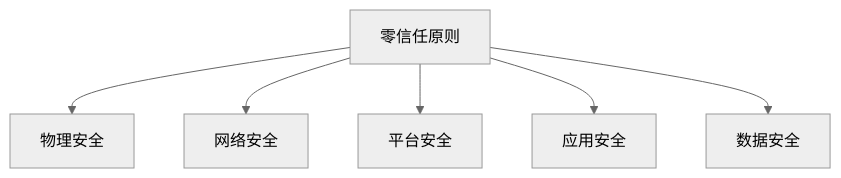
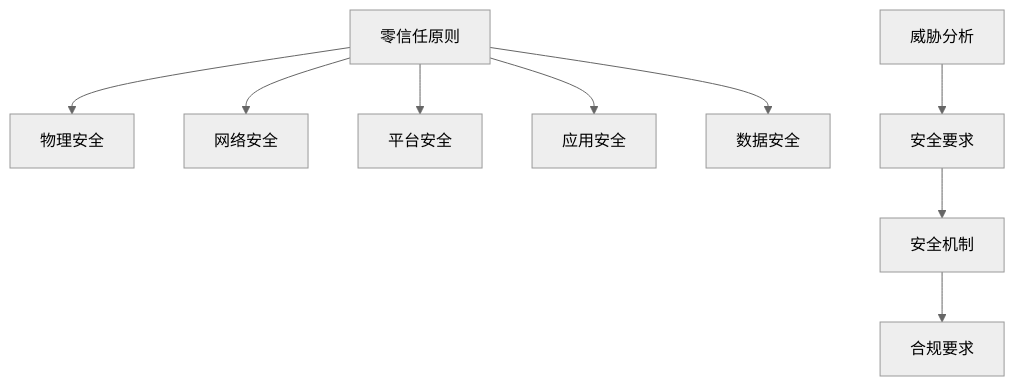
One commit to allengaller/oran-database changed the fifth of 6 diagrams in .qoder/repowiki/zh/content/标准与合规/ETSI标准详解.md. Above: the diagram before and after it, drawn with Mermaid (neutral theme). The commit also changed other lines of this file and 32 other files, not shown here.

````diff
--- a/.qoder/repowiki/zh/content/标准与合规/ETSI标准详解.md
+++ b/.qoder/repowiki/zh/content/标准与合规/ETSI标准详解.md
@@ -176,14 +245,21 @@
 ```mermaid
 graph TB
 ZT["零信任原则"]
 D1["物理安全"]
 D2["网络安全"]
 D3["平台安全"]
 D4["应用安全"]
 D5["数据安全"]
+THREATS["威胁分析"]
+REQUIREMENTS["安全要求"]
+MECHANISMS["安全机制"]
+COMPLIANCE["合规要求"]
 ZT --> D1
 ZT --> D2
 ZT --> D3
 ZT --> D4
 ZT --> D5
+THREATS --> REQUIREMENTS
+REQUIREMENTS --> MECHANISMS
+MECHANISMS --> COMPLIANCE
 ```
````
